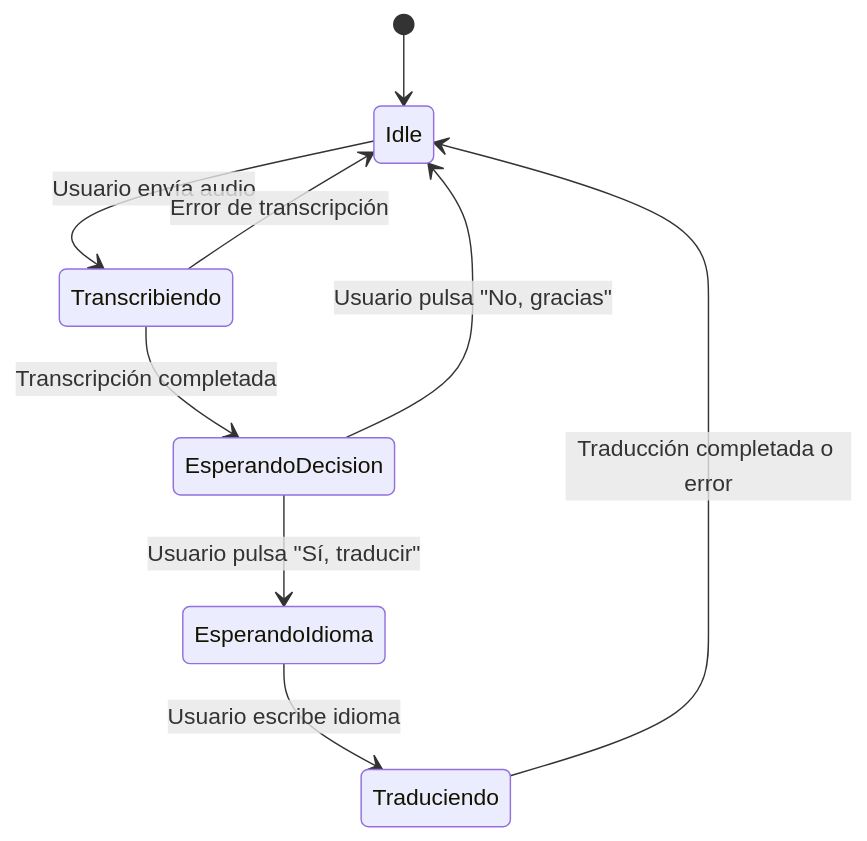
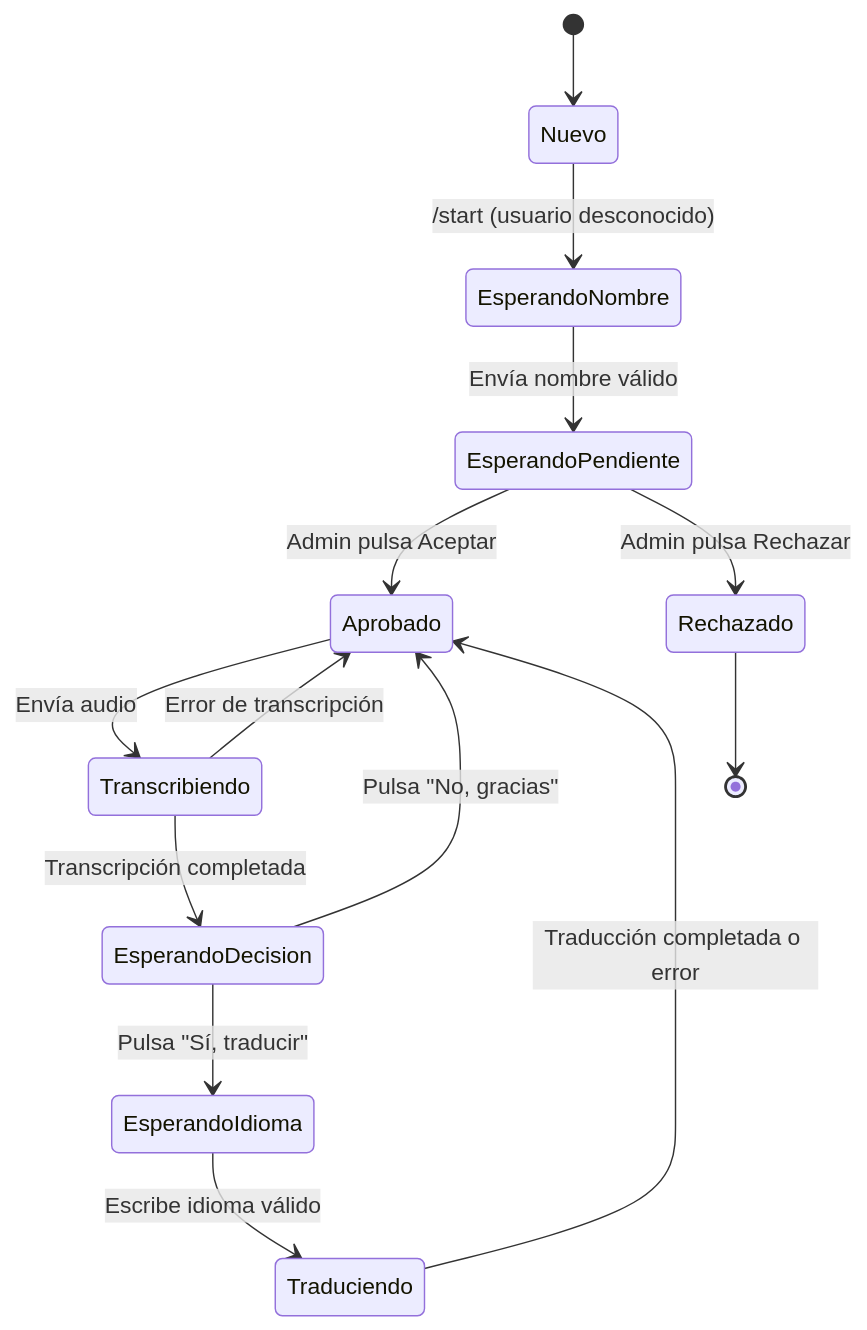
One commit to xreche/audio-transcriber-bot changed the second of 3 diagrams in docs/process-flow.md. Above: the diagram before and after it, drawn with Mermaid. The commit also changed other lines of this file and 7 other files, not shown here.

````diff
--- a/docs/process-flow.md
+++ b/docs/process-flow.md
@@ -60,14 +94,21 @@
 ```mermaid
 stateDiagram-v2
-    [*] --> Idle
+    [*] --> Nuevo
 
-    Idle --> Transcribiendo : Usuario envía audio
-    Transcribiendo --> Idle : Error de transcripción
+    Nuevo --> EsperandoNombre : /start (usuario desconocido)
+    EsperandoNombre --> EsperandoPendiente : Envía nombre válido
+    EsperandoPendiente --> Aprobado : Admin pulsa Aceptar
+    EsperandoPendiente --> Rechazado : Admin pulsa Rechazar
+
+    Aprobado --> Transcribiendo : Envía audio
+    Transcribiendo --> Aprobado : Error de transcripción
     Transcribiendo --> EsperandoDecision : Transcripción completada
 
-    EsperandoDecision --> Idle : Usuario pulsa "No, gracias"
-    EsperandoDecision --> EsperandoIdioma : Usuario pulsa "Sí, traducir"
+    EsperandoDecision --> Aprobado : Pulsa "No, gracias"
+    EsperandoDecision --> EsperandoIdioma : Pulsa "Sí, traducir"
 
-    EsperandoIdioma --> Traduciendo : Usuario escribe idioma
-    Traduciendo --> Idle : Traducción completada o error
+    EsperandoIdioma --> Traduciendo : Escribe idioma válido
+    Traduciendo --> Aprobado : Traducción completada o error
+
+    Rechazado --> [*]
 ```
````
